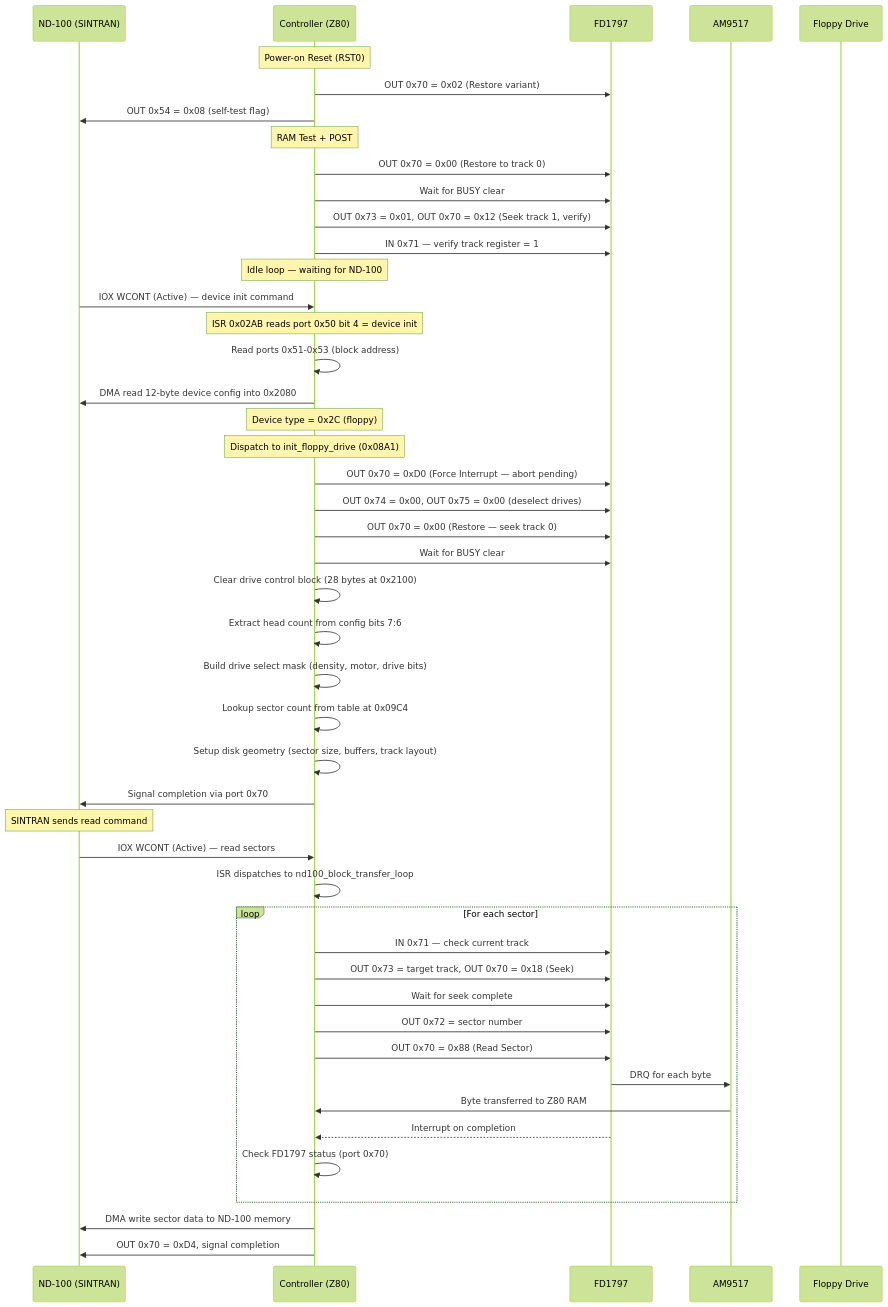
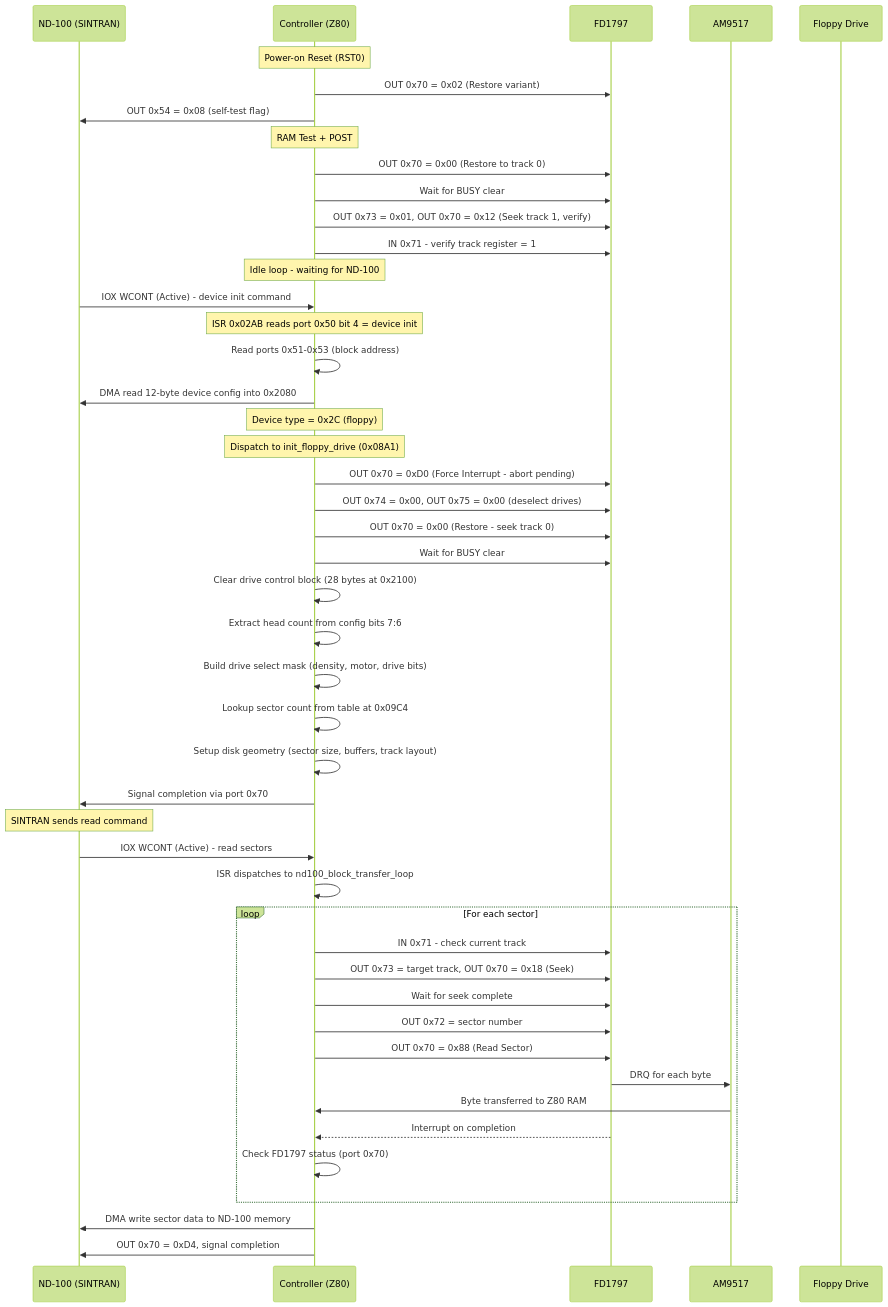
Before and after one commit to HackerCorpLabs/NDInsight: diagram 12 of 13 in SINTRAN/Devices/SCSI/nd-scsi-3201.md, drawn with Mermaid (forest theme). The commit also changed other lines of this file and 1931 other files, not shown here.

````diff
--- a/SINTRAN/Devices/SCSI/nd-scsi-3201.md
+++ b/SINTRAN/Devices/SCSI/nd-scsi-3201.md
@@ -2527,58 +2881,58 @@
 ```mermaid
 sequenceDiagram
     participant ND as ND-100 (SINTRAN)
     participant CTRL as Controller (Z80)
     participant FD as FD1797
     participant DMA as AM9517
     participant DISK as Floppy Drive
 
     Note over CTRL: Power-on Reset (RST0)
     CTRL->>FD: OUT 0x70 = 0x02 (Restore variant)
     CTRL->>ND: OUT 0x54 = 0x08 (self-test flag)
 
     Note over CTRL: RAM Test + POST
     CTRL->>FD: OUT 0x70 = 0x00 (Restore to track 0)
     CTRL->>FD: Wait for BUSY clear
     CTRL->>FD: OUT 0x73 = 0x01, OUT 0x70 = 0x12 (Seek track 1, verify)
-    CTRL->>FD: IN 0x71 — verify track register = 1
+    CTRL->>FD: IN 0x71 - verify track register = 1
 
-    Note over CTRL: Idle loop — waiting for ND-100
+    Note over CTRL: Idle loop - waiting for ND-100
 
-    ND->>CTRL: IOX WCONT (Active) — device init command
+    ND->>CTRL: IOX WCONT (Active) - device init command
     Note over CTRL: ISR 0x02AB reads port 0x50 bit 4 = device init
     CTRL->>CTRL: Read ports 0x51-0x53 (block address)
     CTRL->>ND: DMA read 12-byte device config into 0x2080
     Note over CTRL: Device type = 0x2C (floppy)
     Note over CTRL: Dispatch to init_floppy_drive (0x08A1)
 
-    CTRL->>FD: OUT 0x70 = 0xD0 (Force Interrupt — abort pending)
+    CTRL->>FD: OUT 0x70 = 0xD0 (Force Interrupt - abort pending)
     CTRL->>FD: OUT 0x74 = 0x00, OUT 0x75 = 0x00 (deselect drives)
-    CTRL->>FD: OUT 0x70 = 0x00 (Restore — seek track 0)
+    CTRL->>FD: OUT 0x70 = 0x00 (Restore - seek track 0)
     CTRL->>FD: Wait for BUSY clear
     CTRL->>CTRL: Clear drive control block (28 bytes at 0x2100)
     CTRL->>CTRL: Extract head count from config bits 7:6
     CTRL->>CTRL: Build drive select mask (density, motor, drive bits)
     CTRL->>CTRL: Lookup sector count from table at 0x09C4
     CTRL->>CTRL: Setup disk geometry (sector size, buffers, track layout)
     CTRL->>ND: Signal completion via port 0x70
 
     Note over ND: SINTRAN sends read command
 
-    ND->>CTRL: IOX WCONT (Active) — read sectors
+    ND->>CTRL: IOX WCONT (Active) - read sectors
     CTRL->>CTRL: ISR dispatches to nd100_block_transfer_loop
 
     loop For each sector
-        CTRL->>FD: IN 0x71 — check current track
+        CTRL->>FD: IN 0x71 - check current track
         CTRL->>FD: OUT 0x73 = target track, OUT 0x70 = 0x18 (Seek)
         CTRL->>FD: Wait for seek complete
         CTRL->>FD: OUT 0x72 = sector number
         CTRL->>FD: OUT 0x70 = 0x88 (Read Sector)
         FD->>DMA: DRQ for each byte
         DMA->>CTRL: Byte transferred to Z80 RAM
         FD-->>CTRL: Interrupt on completion
         CTRL->>CTRL: Check FD1797 status (port 0x70)
     end
 
     CTRL->>ND: DMA write sector data to ND-100 memory
     CTRL->>ND: OUT 0x70 = 0xD4, signal completion
 ```
````
